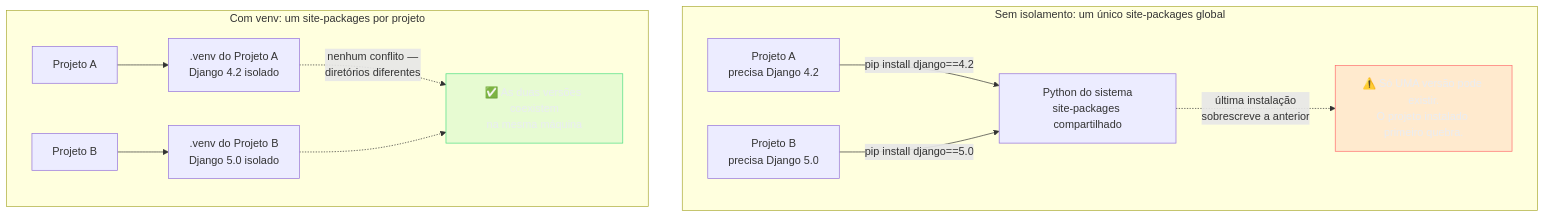
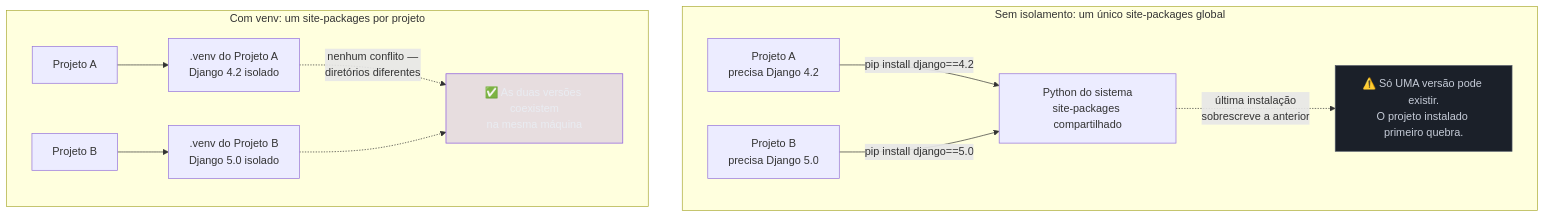
Before and after one commit to josenaldo/codex-technomanticus: the diagram in 03-Dominios/Tecnologia/Python/Build e tooling/02 - Virtual environments — isolamento de dependências.md, drawn with Mermaid. The commit also changed 601 other files, not shown here.

````diff
--- a/03-Dominios/Tecnologia/Python/Build e tooling/02 - Virtual environments — isolamento de dependências.md
+++ b/03-Dominios/Tecnologia/Python/Build e tooling/02 - Virtual environments — isolamento de dependências.md
@@ -148,23 +148,23 @@
 ```mermaid
 flowchart TB
-    classDef falha fill:#FF6B6B24,stroke:#FF6B6B,color:#E9ECF2
-    classDef ok fill:#4ADE8021,stroke:#4ADE80,color:#E9ECF2
+    classDef marca fill:#8855DF33,stroke:#8855DF,color:#E9ECF2
+    classDef neutro fill:#1B2029,stroke:#4E5666,color:#C6CCD8
     subgraph Global["Sem isolamento: um único site-packages global"]
         G["Python do sistema<br/>site-packages compartilhado"]
         PA["Projeto A<br/>precisa Django 4.2"] -->|"pip install django==4.2"| G
         PB["Projeto B<br/>precisa Django 5.0"] -->|"pip install django==5.0"| G
         G -.->|"última instalação<br/>sobrescreve a anterior"| Conflito["⚠️ Só UMA versão pode existir.<br/>O projeto instalado primeiro quebra."]
     end
 
     subgraph Isolado["Com venv: um site-packages por projeto"]
         VA[".venv do Projeto A<br/>Django 4.2 isolado"]
         VB[".venv do Projeto B<br/>Django 5.0 isolado"]
         PA2["Projeto A"] --> VA
         PB2["Projeto B"] --> VB
         VA -.->|"nenhum conflito —<br/>diretórios diferentes"| OK["✅ As duas versões coexistem<br/>na mesma máquina"]
         VB -.-> OK
     end
 
-    class Conflito falha
-    class OK ok
+    class Conflito neutro
+    class OK marca
 ```
````
